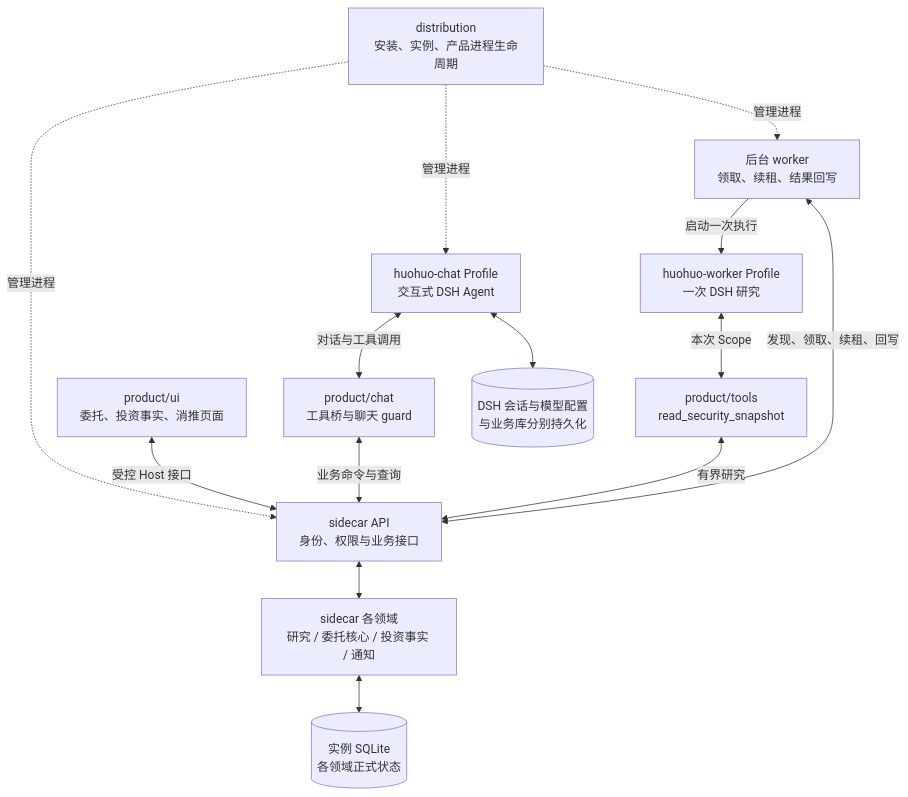
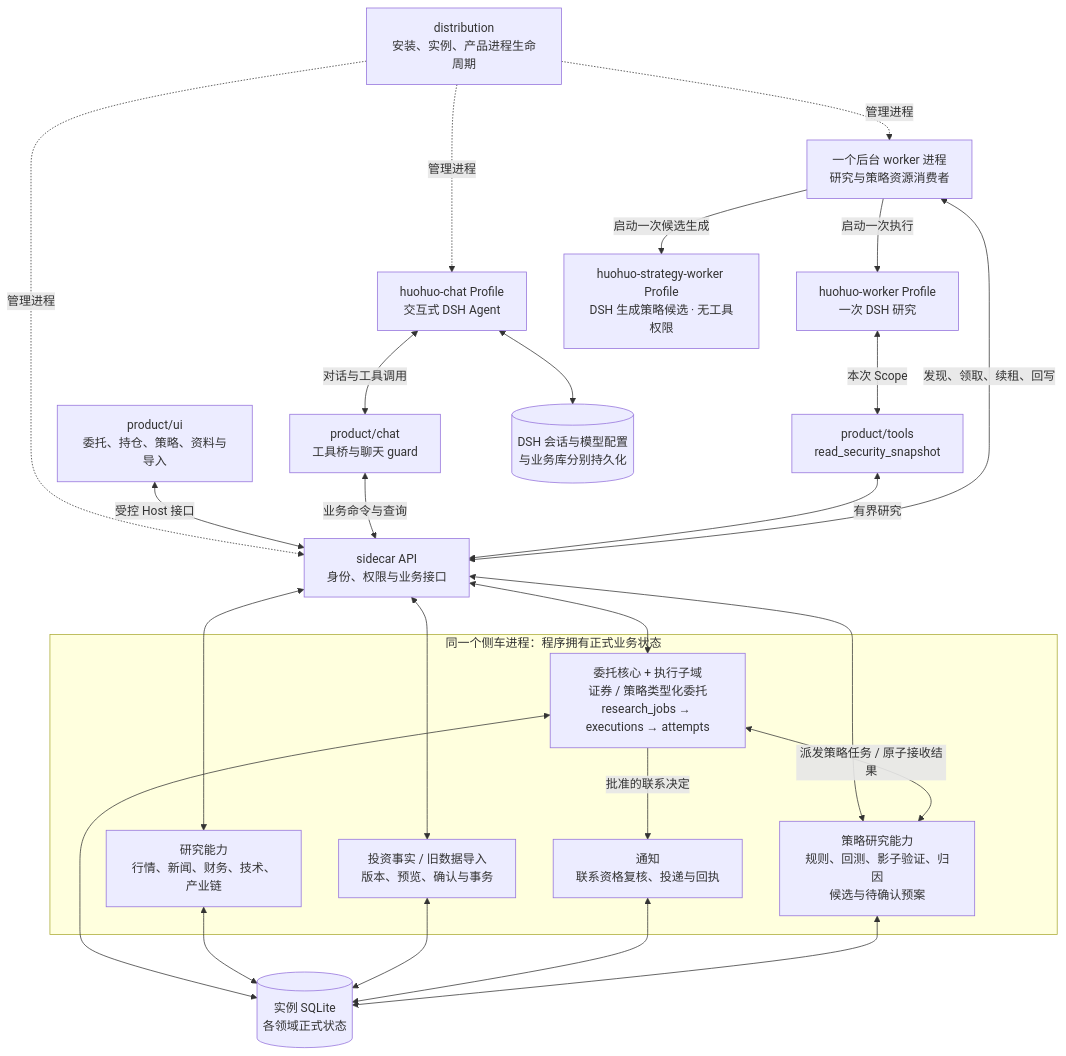
The third of 5 diagrams in docs/当前架构与装配.md (PABIPRG/investment-research-agent), drawn with Mermaid before and after one commit. The commit also changed other lines of this file and 473 other files, not shown here.

````diff
--- a/docs/当前架构与装配.md
+++ b/docs/当前架构与装配.md
@@ -105,27 +105,44 @@
 ```mermaid
 flowchart TB
   life["distribution<br/>安装、实例、产品进程生命周期"]
   chat["huohuo-chat Profile<br/>交互式 DSH Agent"]
-  worker["后台 worker<br/>领取、续租、结果回写"]
+  worker["一个后台 worker 进程<br/>研究与策略资源消费者"]
   sdk["huohuo-worker Profile<br/>一次 DSH 研究"]
-  ui["product/ui<br/>委托、投资事实、消推页面"]
+  planner["huohuo-strategy-worker Profile<br/>DSH 生成策略候选 · 无工具权限"]
+  ui["product/ui<br/>委托、持仓、策略、资料与导入"]
   tools["product/chat<br/>工具桥与聊天 guard"]
   bounded["product/tools<br/>read_security_snapshot"]
   api["sidecar API<br/>身份、权限与业务接口"]
-  domains["sidecar 各领域<br/>研究 / 委托核心 / 投资事实 / 通知"]
+  subgraph side["同一个侧车进程：程序拥有正式业务状态"]
+    core["委托核心 + 执行子域<br/>证券 / 策略类型化委托<br/>research_jobs → executions → attempts"]
+    research["研究能力<br/>行情、新闻、财务、技术、产业链"]
+    facts["投资事实 / 旧数据导入<br/>版本、预览、确认与事务"]
+    notice["通知<br/>联系资格复核、投递与回执"]
+    strategy["策略研究能力<br/>规则、回测、影子验证、归因<br/>候选与待确认预案"]
+  end
   db[("实例 SQLite<br/>各领域正式状态")]
   sessions[("DSH 会话与模型配置<br/>与业务库分别持久化")]
   life -.->|"管理进程"| chat
   life -.->|"管理进程"| worker
   life -.->|"管理进程"| api
   chat <-->|"对话与工具调用"| tools
   chat <--> sessions
   ui <-->|"受控 Host 接口"| api
   tools <-->|"业务命令与查询"| api
   worker -->|"启动一次执行"| sdk
+  worker -->|"启动一次候选生成"| planner
   sdk <-->|"本次 Scope"| bounded
   bounded <-->|"有界研究"| api
   worker <-->|"发现、领取、续租、回写"| api
-  api <--> domains
-  domains <--> db
+  api <--> core
+  api <--> research
+  api <--> facts
+  api <--> strategy
+  core <-->|"派发策略任务 / 原子接收结果"| strategy
+  core -->|"批准的联系决定"| notice
+  core <--> db
+  research <--> db
+  facts <--> db
+  notice <--> db
+  strategy <--> db
 ```
````
